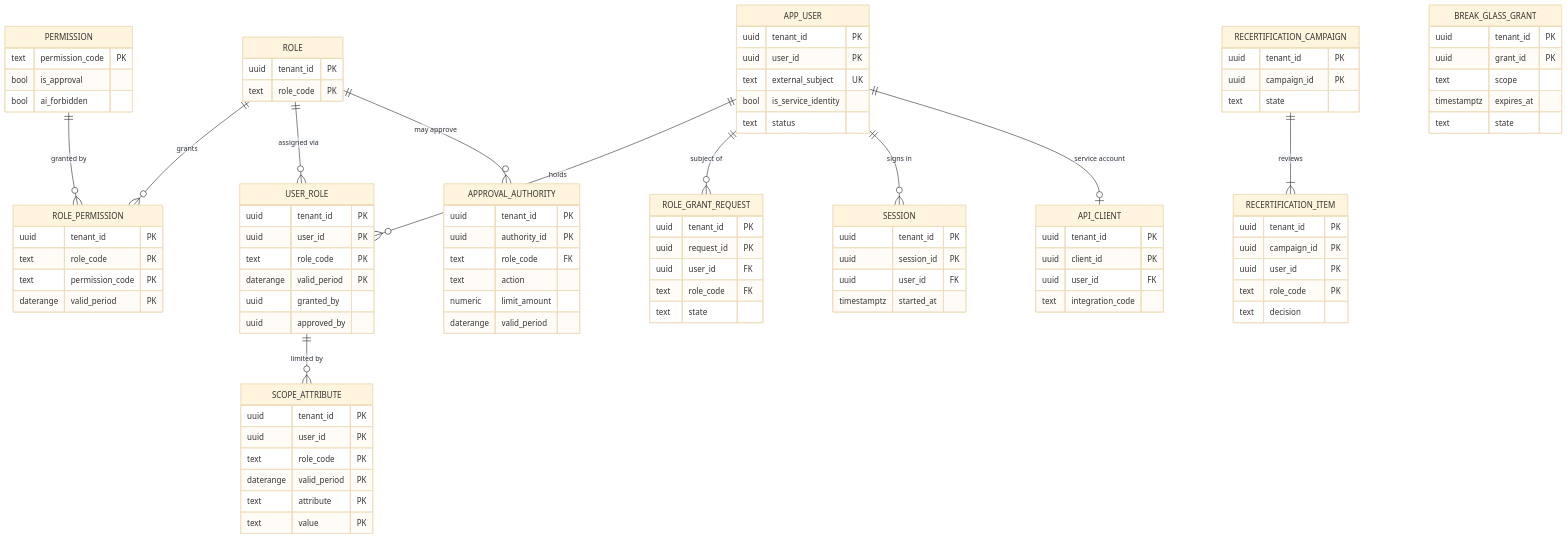
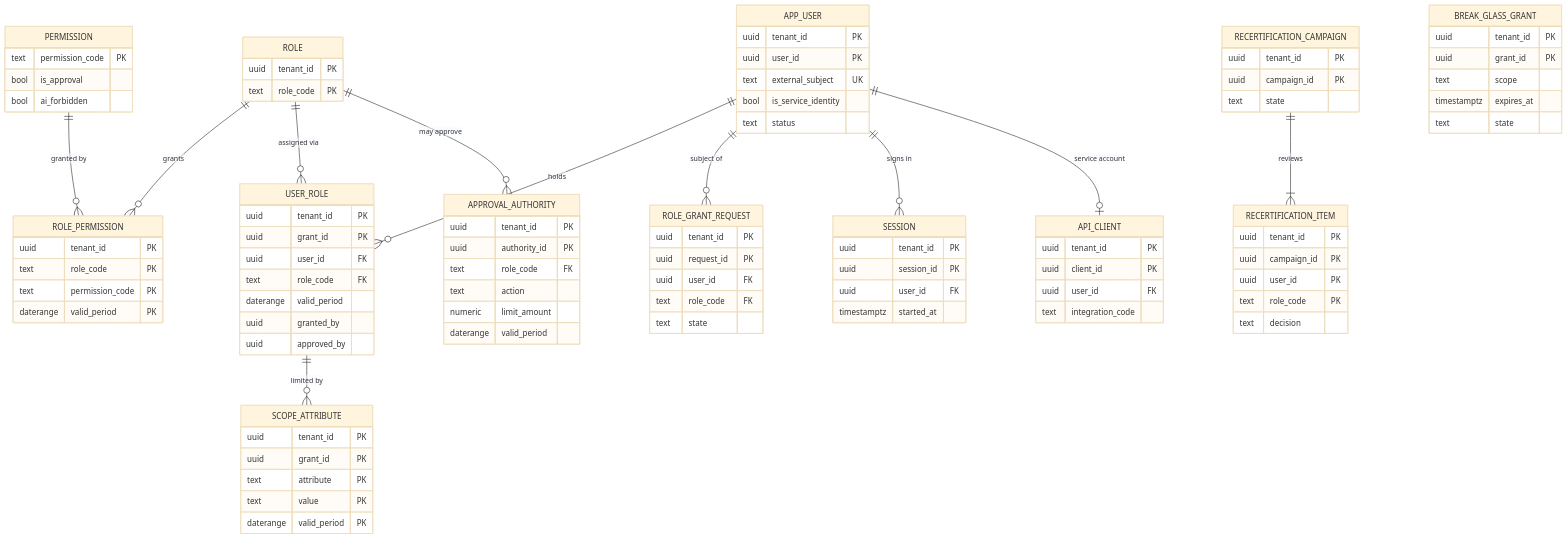
The second of 3 diagrams in architecture/erds/D01_platform_identity_audit.md (suchitdubey7/AMC-OS), drawn with Mermaid (base theme) before and after one commit. The commit also changed other lines of this file and 19 other files, not shown here.

```diff
--- a/architecture/erds/D01_platform_identity_audit.md
+++ b/architecture/erds/D01_platform_identity_audit.md
@@ -157,19 +157,19 @@
   }
   USER_ROLE {
     uuid tenant_id PK
-    uuid user_id PK
-    text role_code PK
-    daterange valid_period PK
+    uuid grant_id PK
+    uuid user_id FK
+    text role_code FK
+    daterange valid_period
     uuid granted_by
     uuid approved_by
   }
   SCOPE_ATTRIBUTE {
     uuid tenant_id PK
-    uuid user_id PK
-    text role_code PK
-    daterange valid_period PK
+    uuid grant_id PK
     text attribute PK
     text value PK
+    daterange valid_period PK
   }
   ROLE_GRANT_REQUEST {
     uuid tenant_id PK
```
